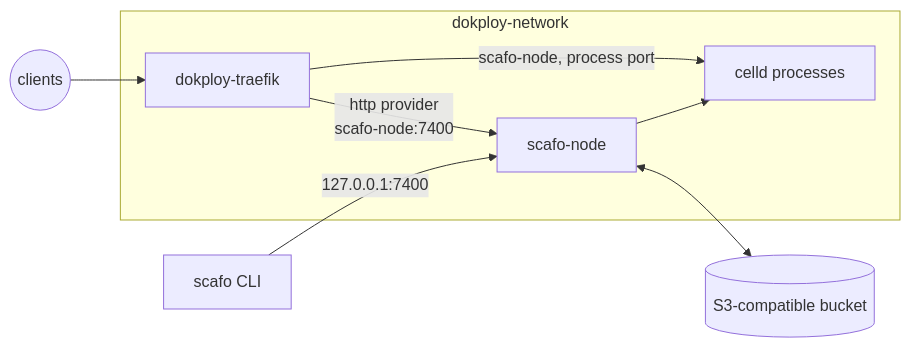
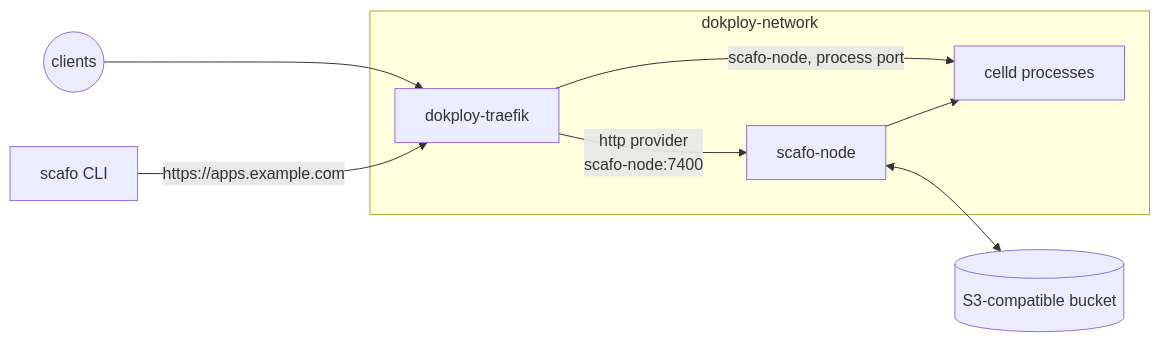
Before and after one commit to sandros94/scafo-docs: the diagram in 3.deploy/6.dokploy.md, drawn with Mermaid. The commit also changed other lines of this file and 7 other files, not shown here.

````diff
--- a/3.deploy/6.dokploy.md
+++ b/3.deploy/6.dokploy.md
@@ -11,14 +11,14 @@
 ```mermaid
 flowchart LR
   U((clients)) --> T["dokploy-traefik"]
+  CLI["scafo CLI"] -->|"https://apps.example.com"| T
   T -->|"http provider<br/>scafo-node:7400"| N["scafo-node"]
   T -->|"scafo-node, process port"| P["celld processes"]
   N --> P
   N <--> S3[("S3-compatible bucket")]
-  CLI["scafo CLI"] -->|"127.0.0.1:7400"| N
   subgraph net["dokploy-network"]
     T
     N
     P
   end
 ```
````
